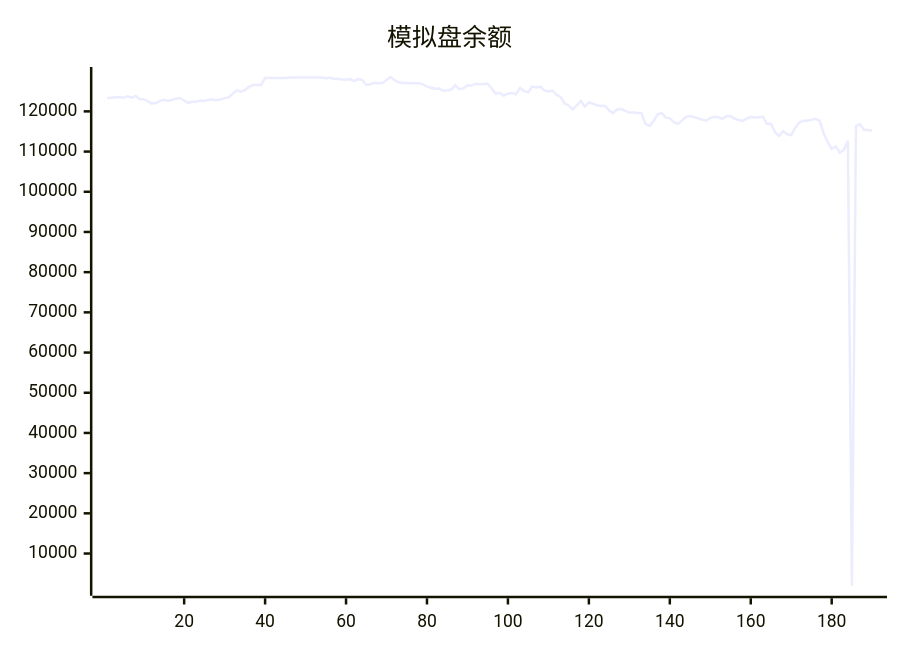
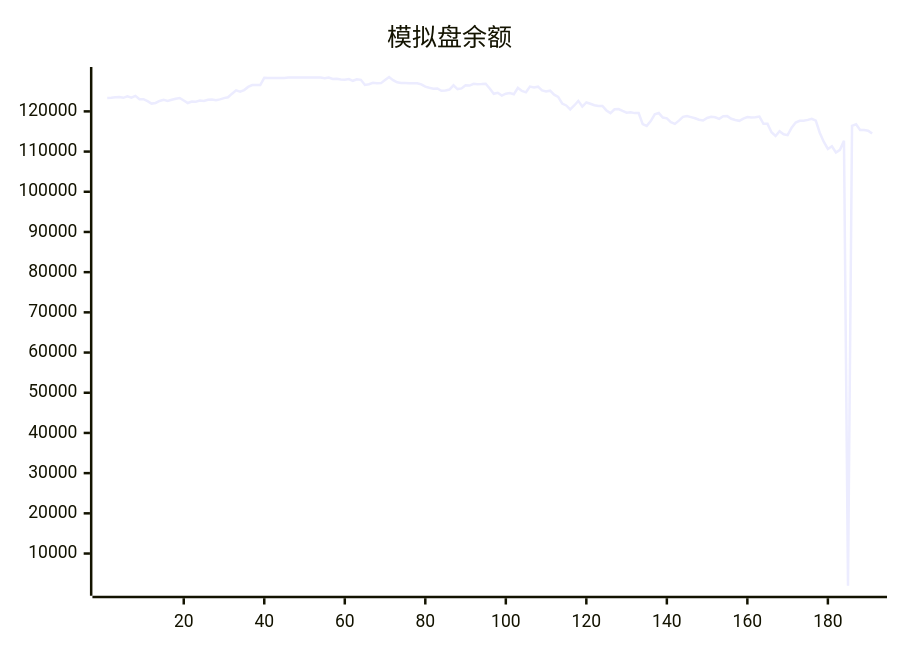
The diagram in README.md (aahl/ai-trading), drawn with Mermaid before and after one commit. The commit also changed other lines of this file and 1 other file, not shown here.

````diff
--- a/README.md
+++ b/README.md
@@ -5,5 +5,5 @@
 ```mermaid
 xychart
     title "模拟盘余额"
-    line [123338,123402,123530,123592,123378,123745,123413,123853,123009,123040,122557,121938,122095,122599,122856,122597,122898,123160,123319,122719,122087,122454,122416,122685,122592,122907,122961,122776,122981,123295,123507,124403,125224,124894,125303,126088,126544,126534,126549,128335,128318,128318,128318,128318,128318,128424,128424,128424,128424,128424,128424,128424,128424,128424,128247,128412,128062,128087,127917,127901,128026,127611,128000,127850,126572,126770,127100,126971,127029,127783,128554,127765,127224,127064,127044,127009,127025,127004,126738,126152,125871,125635,125707,125117,125217,125420,126480,125545,125715,126511,126424,126856,126764,126788,126890,125710,124381,124632,123936,124402,124574,124256,125833,125070,124739,126154,125966,126145,125213,124943,125143,124157,123604,121959,121476,120476,121470,122610,121201,122221,121889,121522,121332,121344,120232,119559,120513,120577,120108,119680,119777,119572,119568,116839,116392,117573,119250,119585,118469,118277,117338,116897,117706,118628,118849,118579,118280,117926,117735,118373,118639,118544,118136,118798,118819,118162,117874,117649,118215,118601,118463,118517,118713,116911,116899,114798,113887,115084,114313,114091,115934,117221,117658,117658,117883,118164,117693,114632,112403,110644,111313,109777,110444,112673,1984,116419,116772,115355,115355,115198]
+    line [123338,123402,123530,123592,123378,123745,123413,123853,123009,123040,122557,121938,122095,122599,122856,122597,122898,123160,123319,122719,122087,122454,122416,122685,122592,122907,122961,122776,122981,123295,123507,124403,125224,124894,125303,126088,126544,126534,126549,128335,128318,128318,128318,128318,128318,128424,128424,128424,128424,128424,128424,128424,128424,128424,128247,128412,128062,128087,127917,127901,128026,127611,128000,127850,126572,126770,127100,126971,127029,127783,128554,127765,127224,127064,127044,127009,127025,127004,126738,126152,125871,125635,125707,125117,125217,125420,126480,125545,125715,126511,126424,126856,126764,126788,126890,125710,124381,124632,123936,124402,124574,124256,125833,125070,124739,126154,125966,126145,125213,124943,125143,124157,123604,121959,121476,120476,121470,122610,121201,122221,121889,121522,121332,121344,120232,119559,120513,120577,120108,119680,119777,119572,119568,116839,116392,117573,119250,119585,118469,118277,117338,116897,117706,118628,118849,118579,118280,117926,117735,118373,118639,118544,118136,118798,118819,118162,117874,117649,118215,118601,118463,118517,118713,116911,116899,114798,113887,115084,114313,114091,115934,117221,117658,117658,117883,118164,117693,114632,112403,110644,111313,109777,110444,112673,1984,116419,116772,115355,115355,115198,114476]
 ```
````
